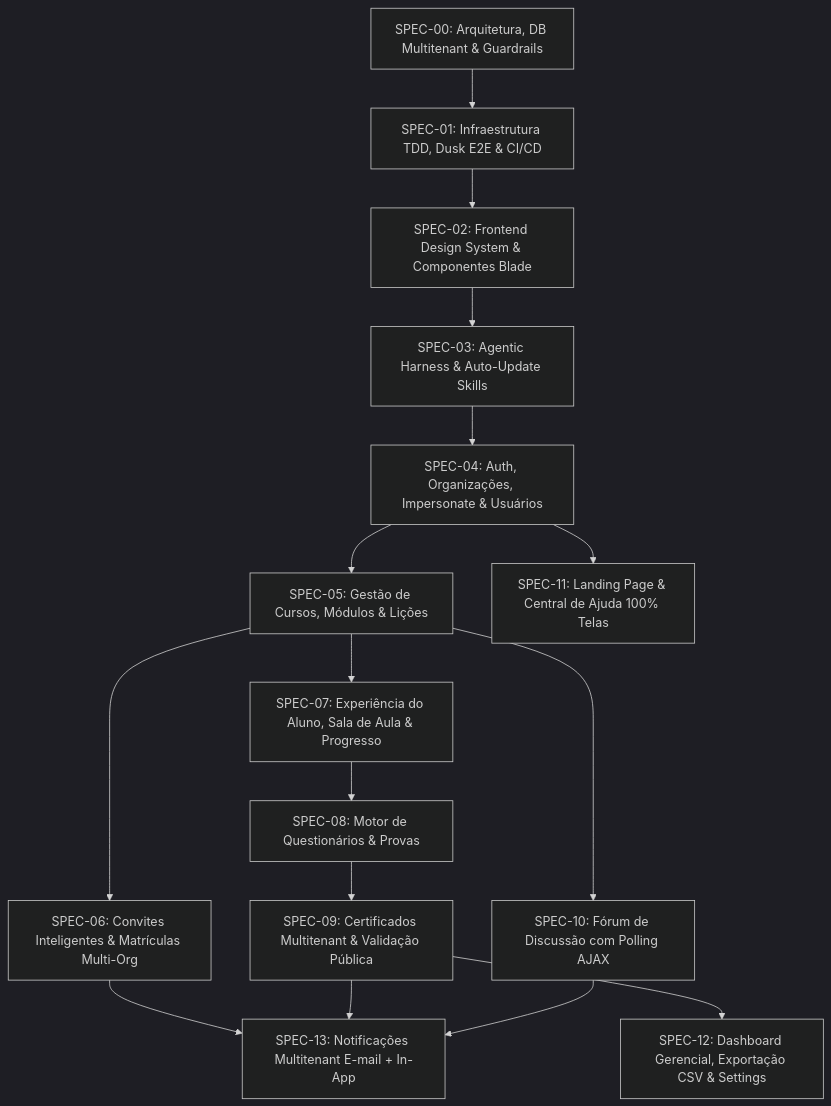
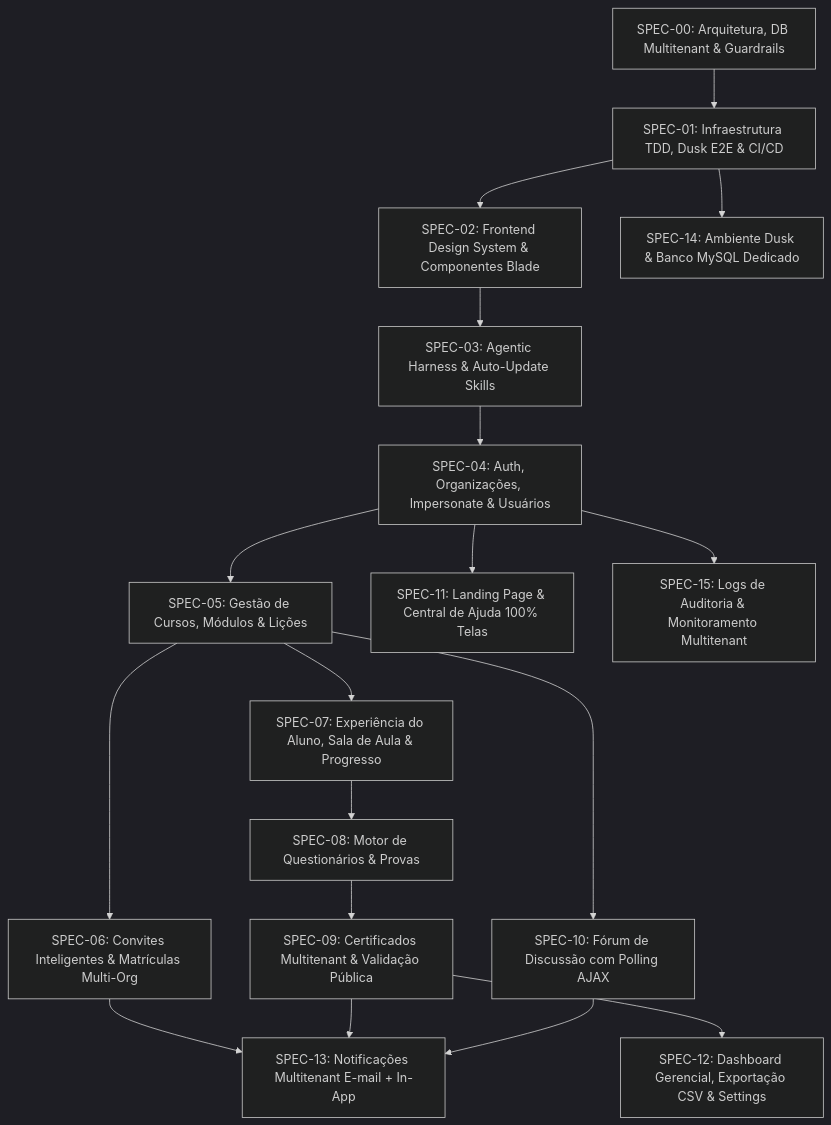
The diagram in spec/specs/README.md (rafadepaula/plataforma_ead), drawn with Mermaid (dark theme) before and after one commit. The commit also changed other lines of this file and 2 other files, not shown here.

Commit message:
feat(specs): specs 14 and 15

````diff
--- a/spec/specs/README.md
+++ b/spec/specs/README.md
@@ -9,18 +9,20 @@
 ```mermaid
 graph TD
     S00[SPEC-00: Arquitetura, DB Multitenant & Guardrails] --> S01[SPEC-01: Infraestrutura TDD, Dusk E2E & CI/CD]
     S01 --> S02[SPEC-02: Frontend Design System & Componentes Blade]
     S02 --> S03[SPEC-03: Agentic Harness & Auto-Update Skills]
     S03 --> S04[SPEC-04: Auth, Organizações, Impersonate & Usuários]
     S04 --> S05[SPEC-05: Gestão de Cursos, Módulos & Lições]
     S05 --> S06[SPEC-06: Convites Inteligentes & Matrículas Multi-Org]
     S05 --> S07[SPEC-07: Experiência do Aluno, Sala de Aula & Progresso]
     S07 --> S08[SPEC-08: Motor de Questionários & Provas]
     S08 --> S09[SPEC-09: Certificados Multitenant & Validação Pública]
     S05 --> S10[SPEC-10: Fórum de Discussão com Polling AJAX]
     S04 --> S11[SPEC-11: Landing Page & Central de Ajuda 100% Telas]
     S09 --> S12[SPEC-12: Dashboard Gerencial, Exportação CSV & Settings]
     S06 --> S13[SPEC-13: Notificações Multitenant E-mail + In-App]
     S09 --> S13
     S10 --> S13
+    S01 --> S14[SPEC-14: Ambiente Dusk & Banco MySQL Dedicado]
+    S04 --> S15[SPEC-15: Logs de Auditoria & Monitoramento Multitenant]
 ```
````
